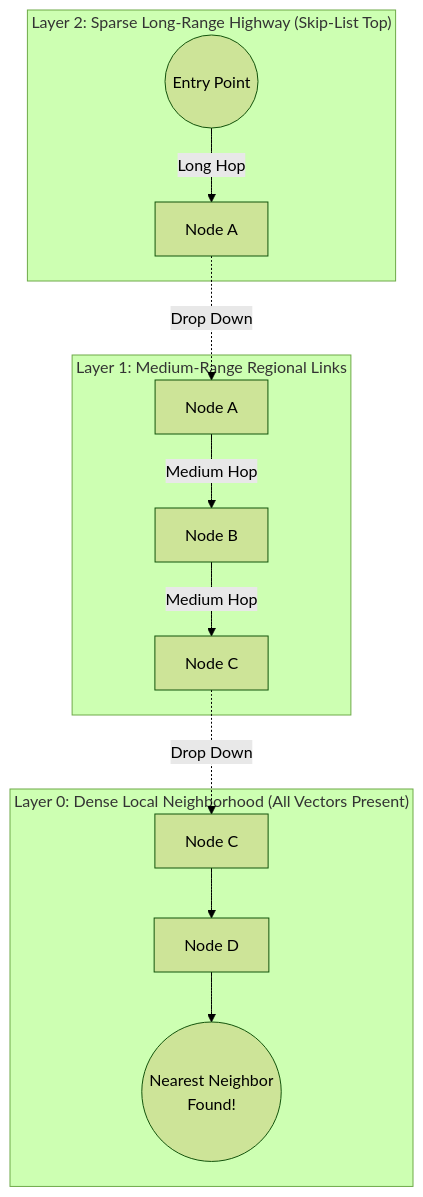
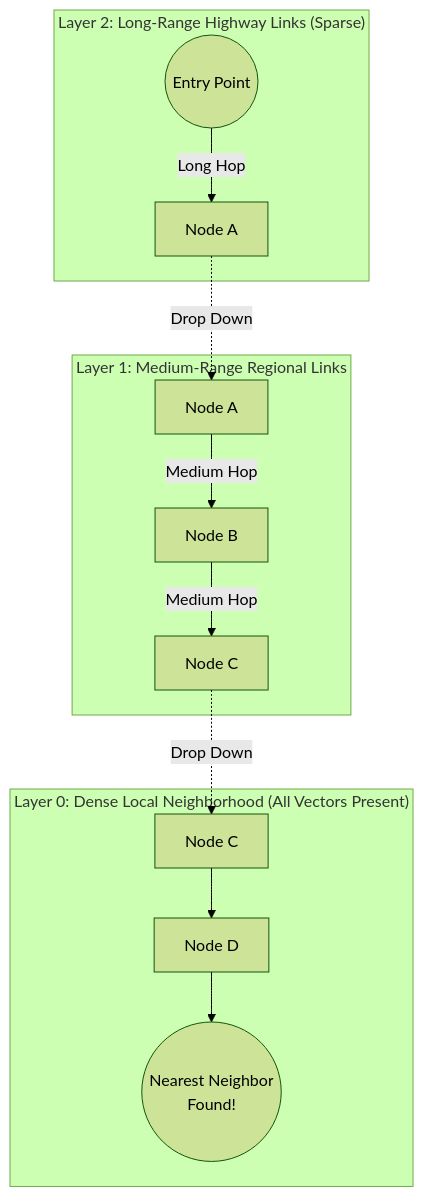
One commit to divyansh070/ml_notes changed the eighth of 8 diagrams in rag-guide/02-retrieval-primitives.md. Above: the diagram before and after it, drawn with Mermaid (forest theme). The commit also changed other lines of this file and 4 other files, not shown here.

Commit message:
fix(rag-guide): create _facts.md, update 01/02/appendix, fix LaTeX rendering and Mermaid figures for GitHub

````diff
--- a/rag-guide/02-retrieval-primitives.md
+++ b/rag-guide/02-retrieval-primitives.md
@@ -670,18 +831,18 @@
 ```mermaid
 flowchart TD
-    subgraph LAYER_2 ["Layer 2: Sparse Long-Range Highway (Skip-List Top)"]
+    subgraph LAYER_2 ["Layer 2: Long-Range Highway Links (Sparse)"]
         ENTRY(("Entry Point")) -->|Long Hop| N2_1["Node A"]
     end
     
     subgraph LAYER_1 ["Layer 1: Medium-Range Regional Links"]
         N2_1 -.->|"Drop Down"| N1_1["Node A"]
-        N1_1 -->|Medium Hop| N1_2["Node B"]
-        N1_2 -->|Medium Hop| N1_3["Node C"]
+        N1_1 -->|"Medium Hop"| N1_2["Node B"]
+        N1_2 -->|"Medium Hop"| N1_3["Node C"]
     end
     
     subgraph LAYER_0 ["Layer 0: Dense Local Neighborhood (All Vectors Present)"]
         N1_3 -.->|"Drop Down"| N0_1["Node C"]
         N0_1 --> N0_2["Node D"]
-        N0_2 --> TARGET(("Nearest Neighbor<br>Found!"))
+        N0_2 --> TARGET(("Nearest Neighbor<br/>Found!"))
     end
 ```
````
